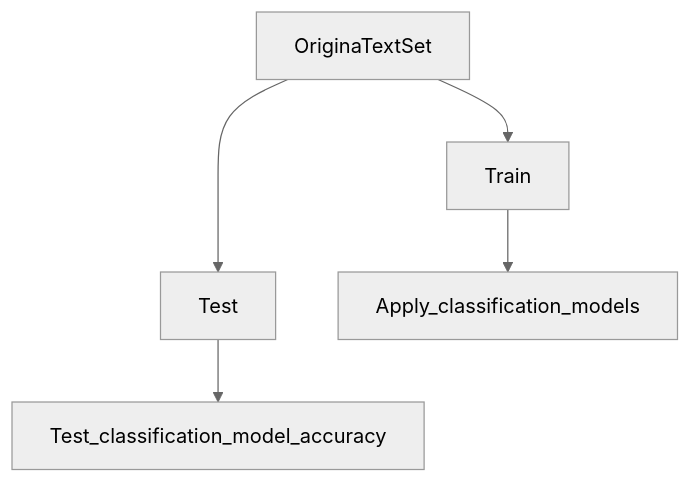
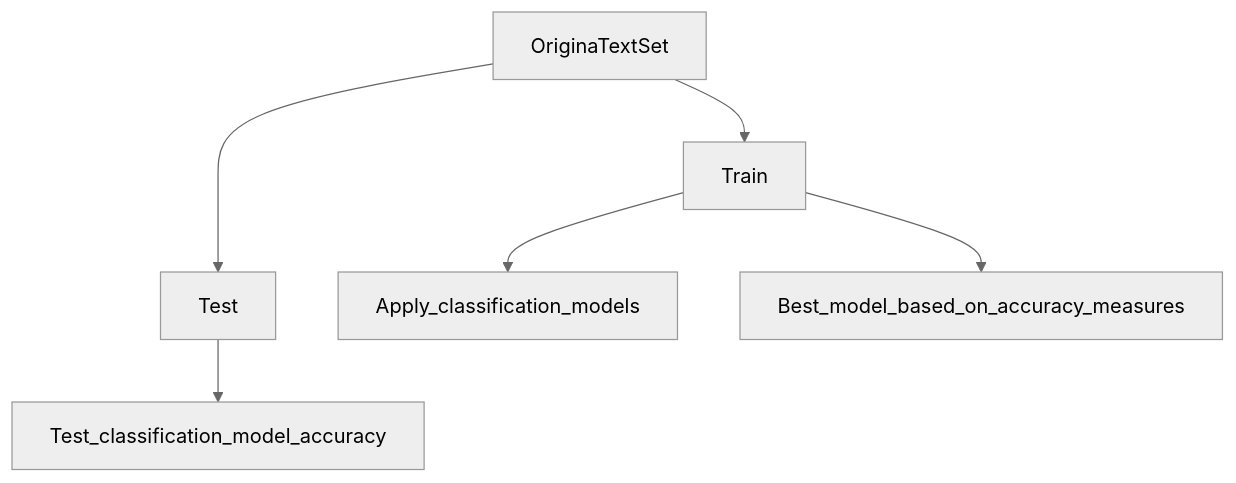
One commit to Pablo-source/Text_classification_model changed the diagram in README.md. Above: the diagram before and after it, drawn with Mermaid (neutral theme).

Commit message:
Update README.md
Update

````diff
--- a/README.md
+++ b/README.md
@@ -27,7 +27,8 @@
 ```mermaid
   graph TD;
       OriginaTextSet-->Train;
       OriginaTextSet--->Test;
       Train-->Apply_classification_models;
       Test-->Test_classification_model_accuracy;
+      Train-->Best_model_based_on_accuracy_measures;
 ```
````
